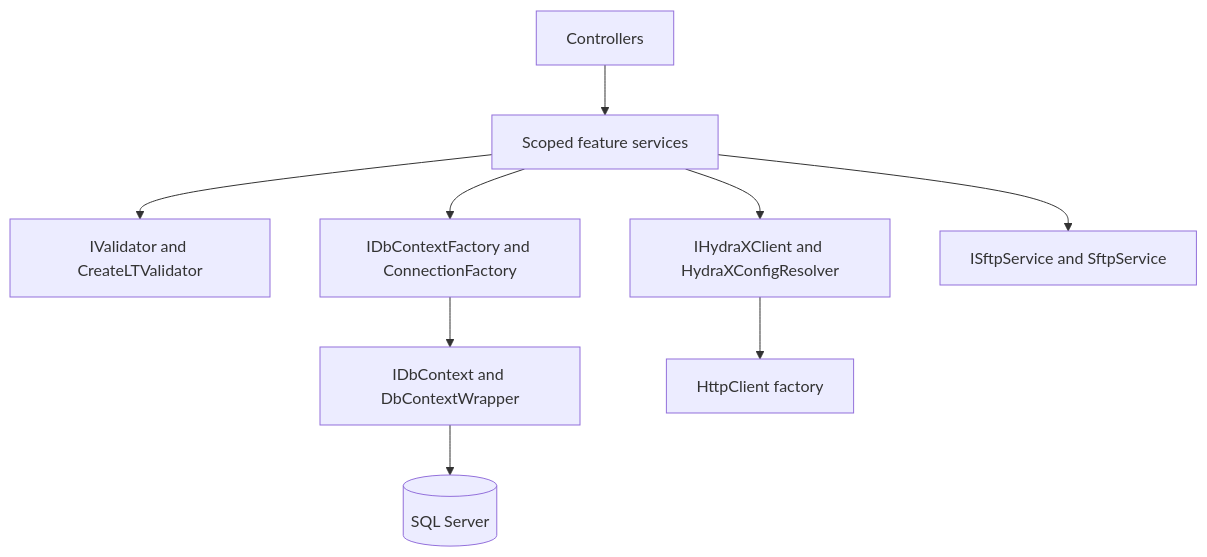
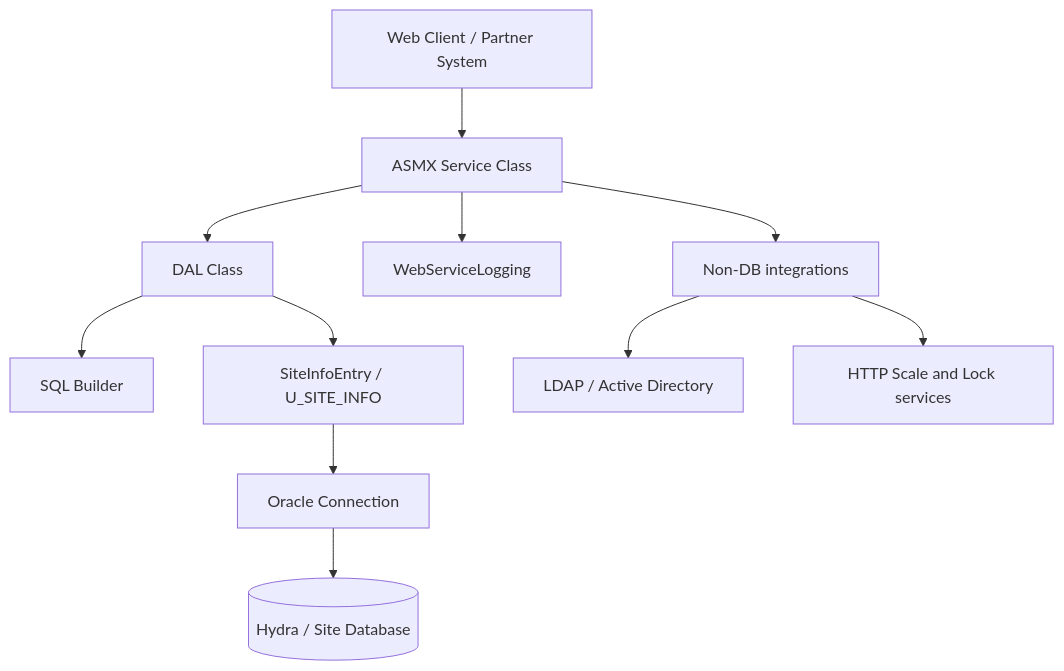
One commit to Raghavendra194/my-courses changed the second of 4 diagrams in Technical-Design-Document.md. Above: the diagram before and after it, drawn with Mermaid. The commit also changed other lines of this file, not shown here.

````diff
--- a/Technical-Design-Document.md
+++ b/Technical-Design-Document.md
@@ -226,11 +100,13 @@
 ```mermaid
-flowchart TB
-  Controller[Controllers] --> FeatureServices[Scoped feature services]
-  FeatureServices --> Validator[IValidator and CreateLTValidator]
-  FeatureServices --> DBFactory[IDbContextFactory and ConnectionFactory]
-  FeatureServices --> Hydra[IHydraXClient and HydraXConfigResolver]
-  FeatureServices --> FileTransfer[ISftpService and SftpService]
-  DBFactory --> DBContext[IDbContext and DbContextWrapper]
-  Hydra --> HttpClient[HttpClient factory]
-  DBContext --> SQL[(SQL Server)]
+flowchart TD
+    A[Web Client / Partner System] --> B[ASMX Service Class]
+    B --> C[DAL Class]
+    C --> D[SQL Builder]
+    C --> E[SiteInfoEntry / U_SITE_INFO]
+    E --> F[Oracle Connection]
+    F --> G[(Hydra / Site Database)]
+    B --> H[WebServiceLogging]
+    B --> I[Non-DB integrations]
+    I --> J[LDAP / Active Directory]
+    I --> K[HTTP Scale and Lock services]
 ```
````
